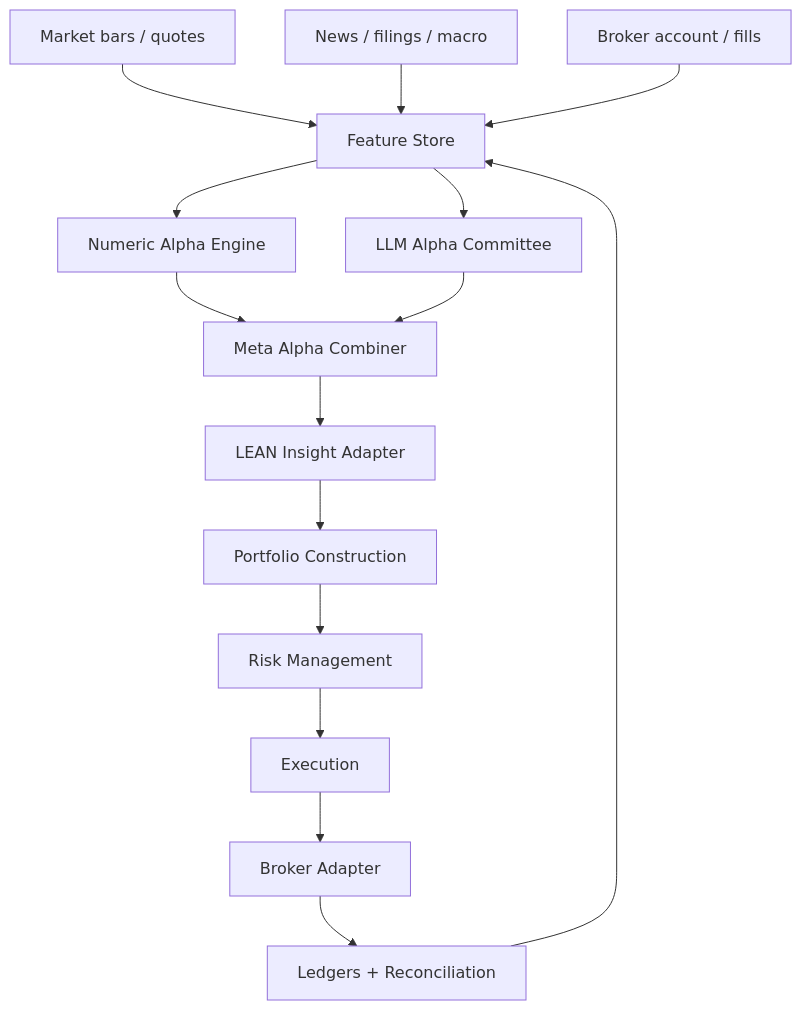
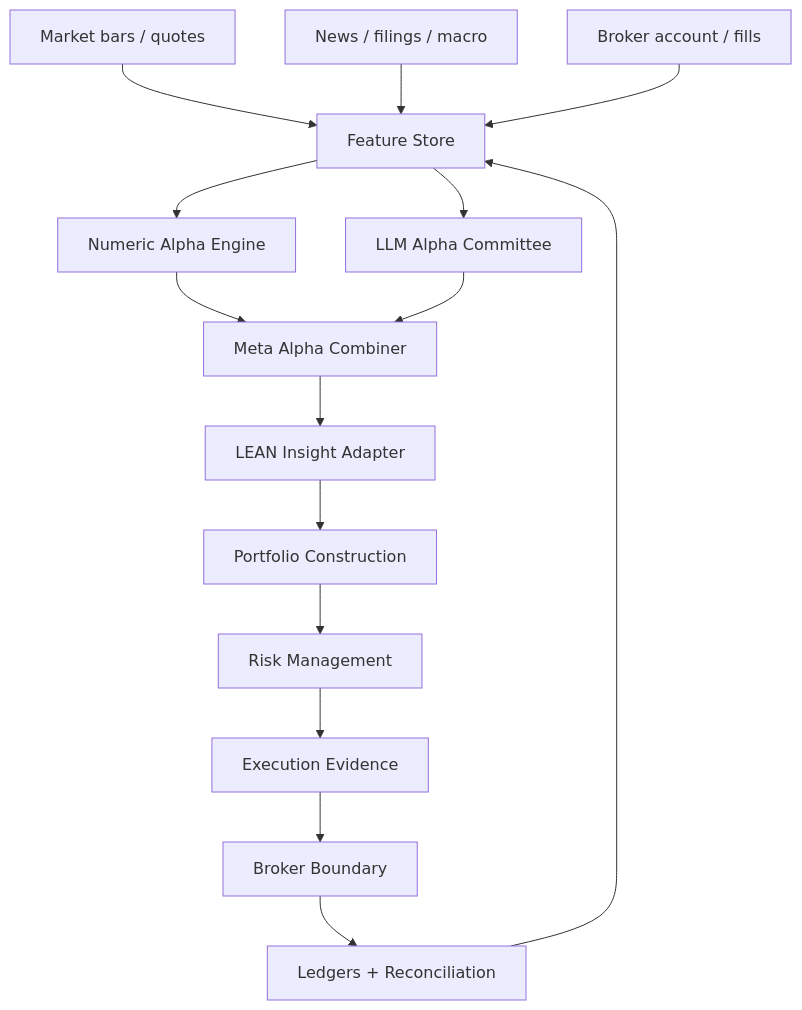
The diagram in docs/project-architecture.md (gigio1023/lincei-quant-research-engine), drawn with Mermaid before and after one commit. The commit also changed other lines of this file and 231 other files, not shown here.

````diff
--- a/docs/project-architecture.md
+++ b/docs/project-architecture.md
@@ -31,17 +33,17 @@
 ```mermaid
 flowchart TD
     M["Market bars / quotes"] --> FS["Feature Store"]
     N["News / filings / macro"] --> FS
     BR["Broker account / fills"] --> FS
     FS --> NA["Numeric Alpha Engine"]
     FS --> LA["LLM Alpha Committee"]
     NA --> MA["Meta Alpha Combiner"]
     LA --> MA
     MA --> LI["LEAN Insight Adapter"]
     LI --> PC["Portfolio Construction"]
     PC --> RM["Risk Management"]
-    RM --> EX["Execution"]
-    EX --> BA["Broker Adapter"]
+    RM --> EX["Execution Evidence"]
+    EX --> BA["Broker Boundary"]
     BA --> LED["Ledgers + Reconciliation"]
     LED --> FS
 ```
````
